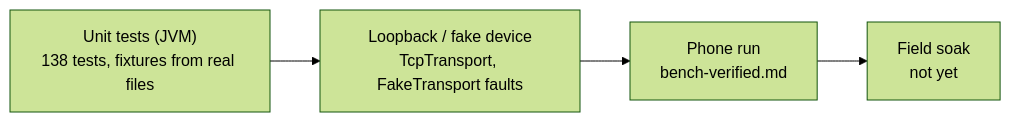
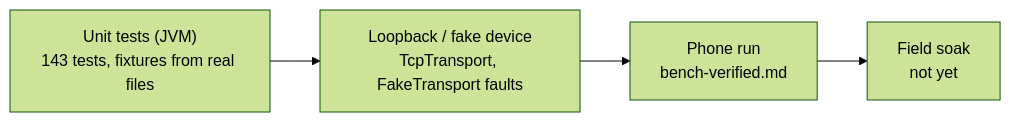
The diagram in docs/status.md (walkthru-earth/opensensor-space-mobile), drawn with Mermaid (forest theme) before and after one commit. The commit also changed other lines of this file and 4 other files, not shown here.

````diff
--- a/docs/status.md
+++ b/docs/status.md
@@ -16,4 +16,4 @@
 ```mermaid
 flowchart LR
-  A["Unit tests (JVM)<br/>138 tests, fixtures from real files"] --> B["Loopback / fake device<br/>TcpTransport, FakeTransport faults"] --> C["Phone run<br/>bench-verified.md"] --> D["Field soak<br/>not yet"]
+  A["Unit tests (JVM)<br/>143 tests, fixtures from real files"] --> B["Loopback / fake device<br/>TcpTransport, FakeTransport faults"] --> C["Phone run<br/>bench-verified.md"] --> D["Field soak<br/>not yet"]
 ```
````
